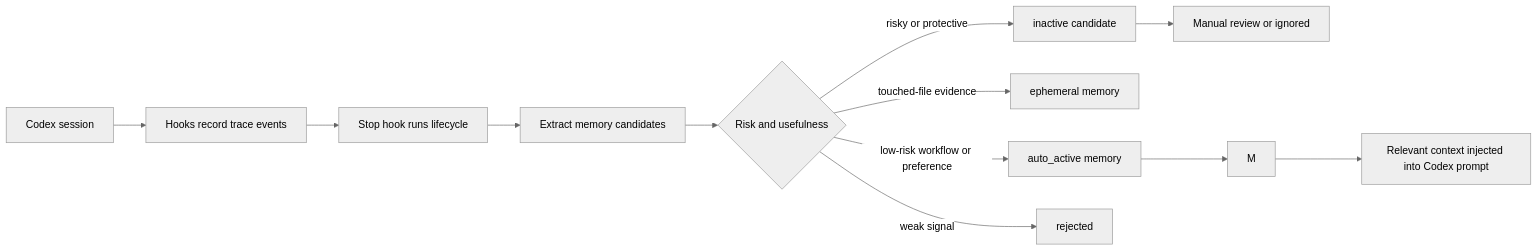
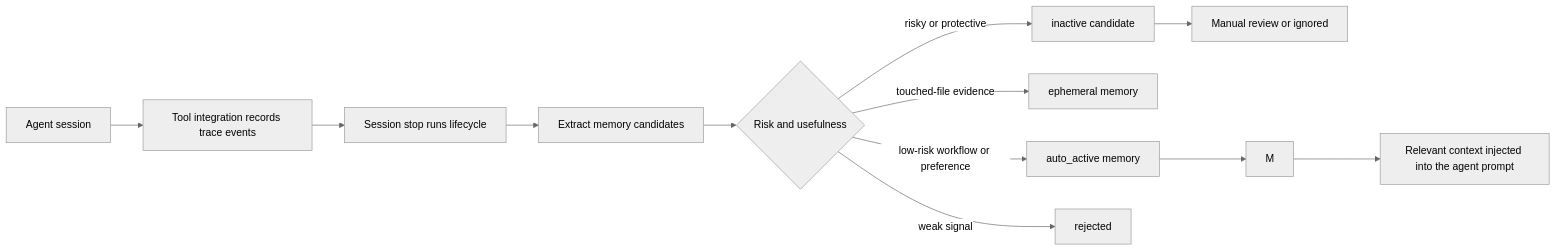
One commit to lteawoo/MemAssist changed the first of 5 diagrams in README.md. Above: the diagram before and after it, drawn with Mermaid (neutral theme). The commit also changed other lines of this file and 1 other file, not shown here.

````diff
--- a/README.md
+++ b/README.md
@@ -29,14 +30,14 @@
 ```mermaid
 flowchart LR
-    A[Codex session] --> B[Hooks record trace events]
-    B --> C[Stop hook runs lifecycle]
+    A[Agent session] --> B[Tool integration records trace events]
+    B --> C[Session stop runs lifecycle]
     C --> D[Extract memory candidates]
     D --> E{Risk and usefulness}
     E -->|low-risk workflow or preference| F[auto_active memory]
     E -->|touched-file evidence| G[ephemeral memory]
     E -->|risky or protective| H[inactive candidate]
     E -->|weak signal| I[rejected]
     H --> J[Manual review or ignored]
     F --> M
-    M --> N[Relevant context injected into Codex prompt]
+    M --> N[Relevant context injected into the agent prompt]
 ```
````
